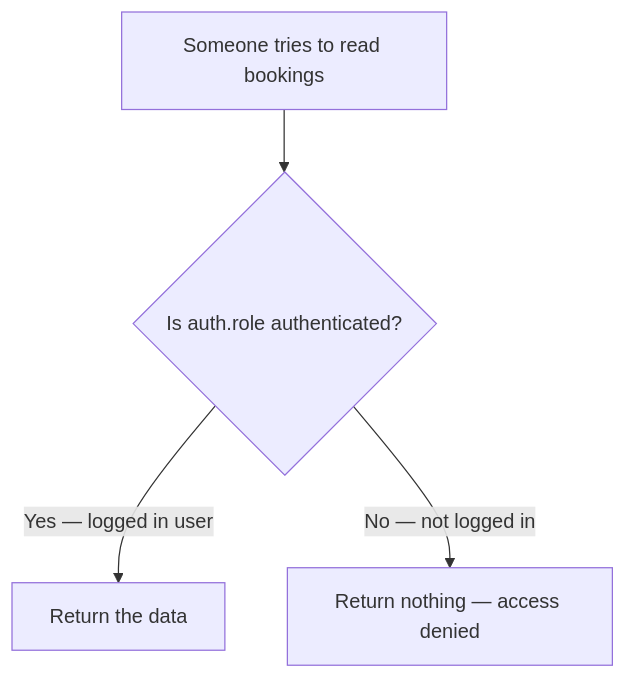
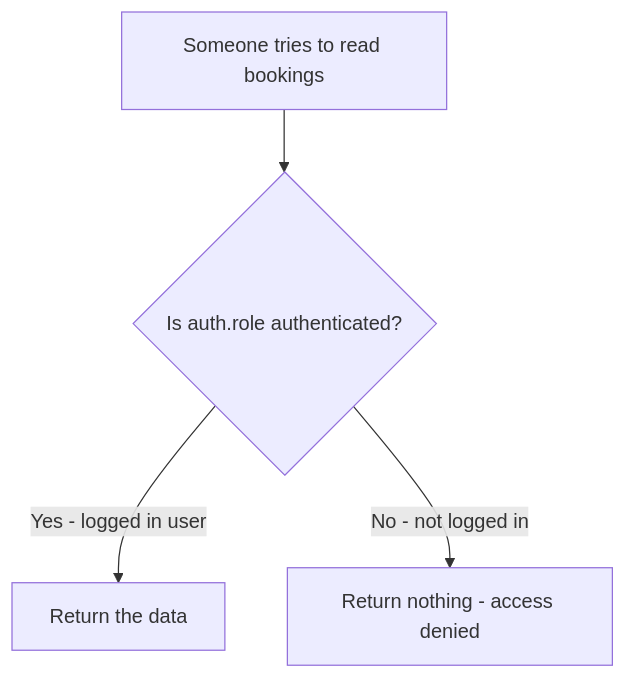
Before and after one commit to wongjinar-ai/expample: the third of 6 diagrams in learning/07-supabase.md, drawn with Mermaid. The commit also changed other lines of this file and 24 other files, not shown here.

````diff
--- a/learning/07-supabase.md
+++ b/learning/07-supabase.md
@@ -142,7 +142,7 @@
 ```mermaid
 flowchart TD
     Request[Someone tries to read bookings]
     Request --> Check{Is auth.role authenticated?}
-    Check -->|Yes — logged in user| Allow[Return the data]
-    Check -->|No — not logged in| Deny[Return nothing — access denied]
+    Check -->|Yes - logged in user| Allow[Return the data]
+    Check -->|No - not logged in| Deny[Return nothing - access denied]
 ```
````
